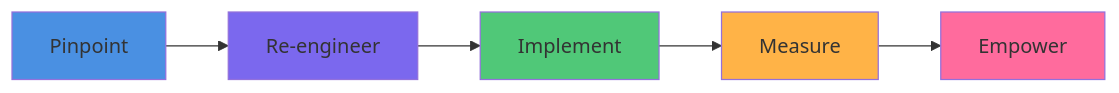
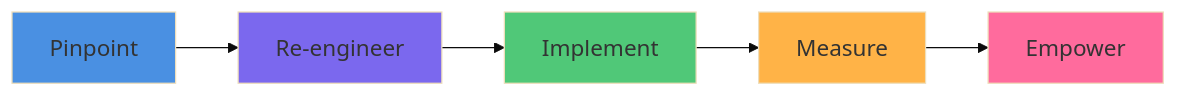
Before and after one commit to Nautomation-Prime/nautomation-prime.github.io: the first of 2 diagrams in docs/prime-framework/index.md, drawn with Mermaid. The commit also changed other lines of this file, not shown here.

Commit message:
Increased text size on mermaid diagrams

````diff
--- a/docs/prime-framework/index.md
+++ b/docs/prime-framework/index.md
@@ -46,17 +46,18 @@
 ```mermaid
+%%{init: {'theme':'base', 'themeVariables': {'fontSize':'18px'}}}%%
 graph LR
     P[Pinpoint]
     R[Re-engineer]
     I[Implement]
     M[Measure]
     E[Empower]
     P --> R
     R --> I
     I --> M
     M --> E
     style P fill:#4A90E2
     style R fill:#7B68EE
     style I fill:#50C878
     style M fill:#FFB347
     style E fill:#FF6B9D
 ```
````
